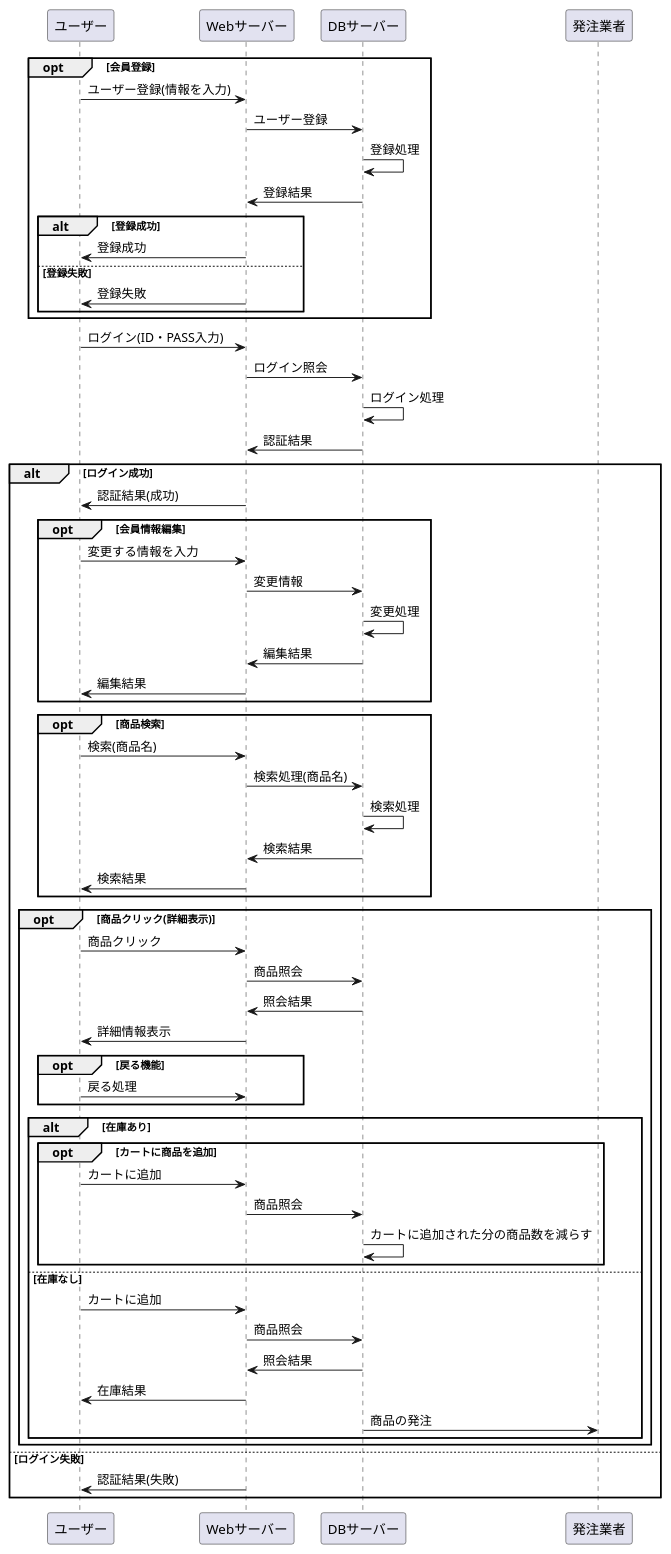
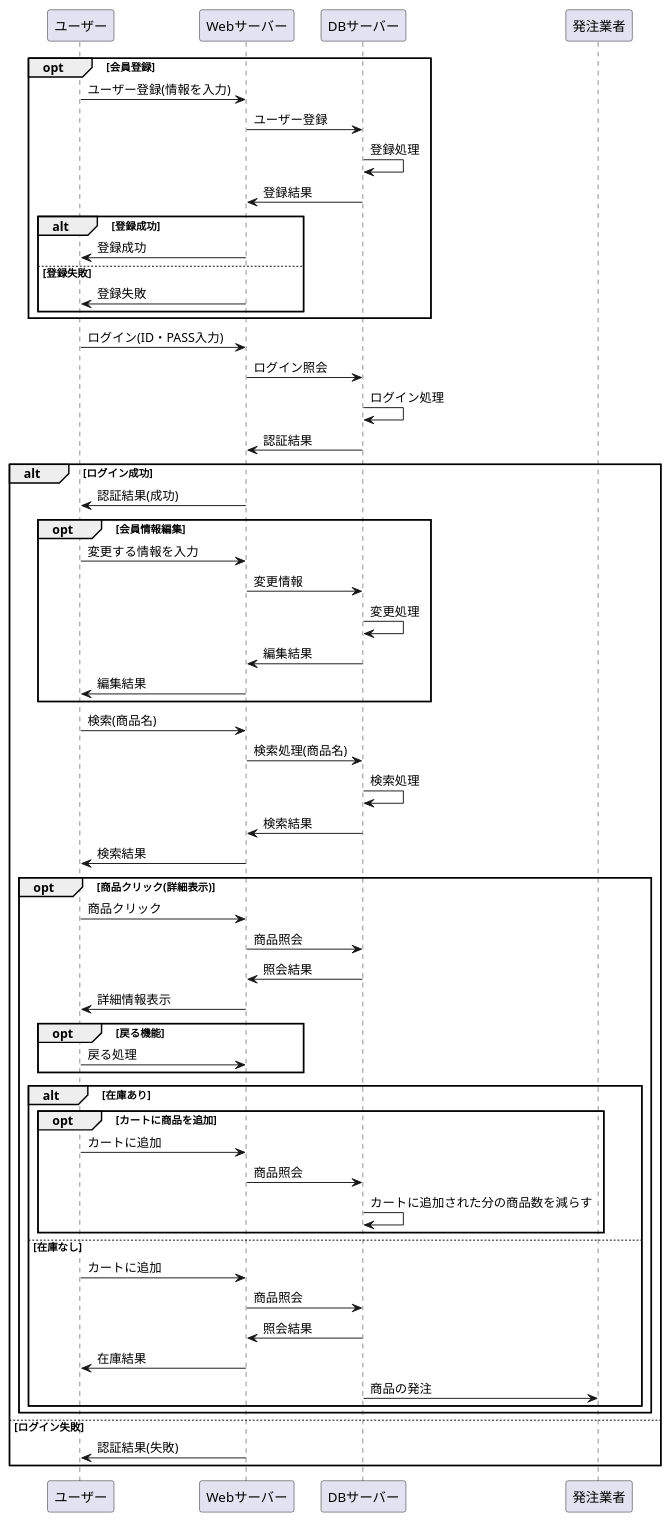
The diagram in 業務フロー.md (Aso2001163/2021sys-design), drawn with PlantUML before and after one commit.

````diff
--- a/業務フロー.md
+++ b/業務フロー.md
@@ -1,66 +1,66 @@
 ```uml
 @startuml
 
 opt 会員登録
 ユーザー -> Webサーバー : ユーザー登録(情報を入力)
 Webサーバー -> DBサーバー : ユーザー登録
 DBサーバー -> DBサーバー : 登録処理
 DBサーバー -> Webサーバー : 登録結果
 
 alt 登録成功
 Webサーバー -> ユーザー : 登録成功
 else 登録失敗
 Webサーバー -> ユーザー : 登録失敗
 end
 end
 
 ユーザー -> Webサーバー : ログイン(ID・PASS入力)
 Webサーバー -> DBサーバー : ログイン照会
 DBサーバー -> DBサーバー : ログイン処理
 DBサーバー -> Webサーバー : 認証結果
 
 alt ログイン成功
 Webサーバー -> ユーザー : 認証結果(成功)
 
 opt 会員情報編集
 ユーザー -> Webサーバー : 変更する情報を入力
 Webサーバー -> DBサーバー :変更情報
 DBサーバー -> DBサーバー : 変更処理
 DBサーバー -> Webサーバー : 編集結果
 Webサーバー -> ユーザー : 編集結果
 end
 
-opt 商品検索
+
 ユーザー -> Webサーバー : 検索(商品名)
 Webサーバー -> DBサーバー : 検索処理(商品名)
 DBサーバー -> DBサーバー : 検索処理
 DBサーバー -> Webサーバー : 検索結果
 Webサーバー -> ユーザー : 検索結果
-end
+
 opt 商品クリック(詳細表示)
 ユーザー -> Webサーバー : 商品クリック
 Webサーバー -> DBサーバー : 商品照会
 DBサーバー -> Webサーバー : 照会結果
 Webサーバー -> ユーザー : 詳細情報表示
 opt 戻る機能
 ユーザー -> Webサーバー : 戻る処理
 end
 alt 在庫あり
 opt カートに商品を追加
 ユーザー -> Webサーバー : カートに追加
 Webサーバー -> DBサーバー : 商品照会
 DBサーバー -> DBサーバー : カートに追加された分の商品数を減らす
 end
 else 在庫なし
 ユーザー -> Webサーバー : カートに追加
 Webサーバー -> DBサーバー : 商品照会
 DBサーバー -> Webサーバー : 照会結果
 Webサーバー -> ユーザー : 在庫結果
 DBサーバー -> 発注業者 : 商品の発注
 end
 end
 else ログイン失敗
 Webサーバー -> ユーザー : 認証結果(失敗)
 end
 @enduml
 ```
````
